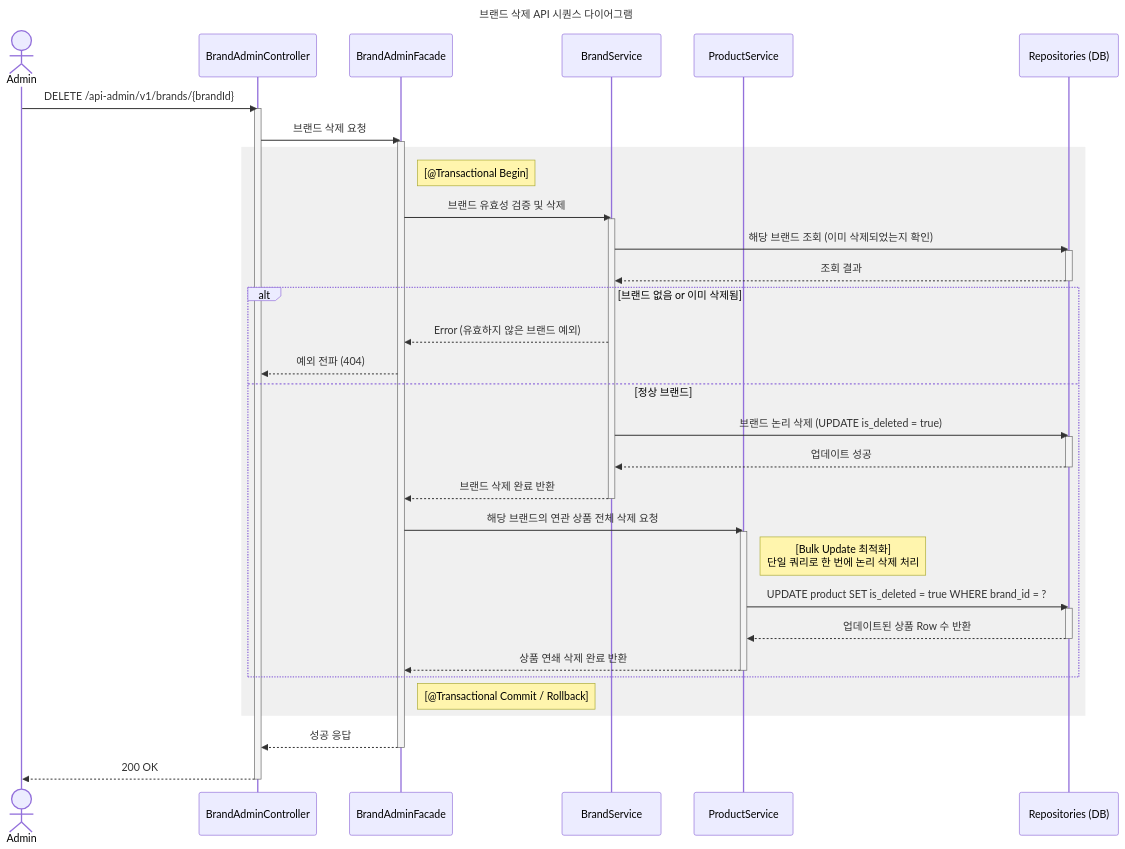
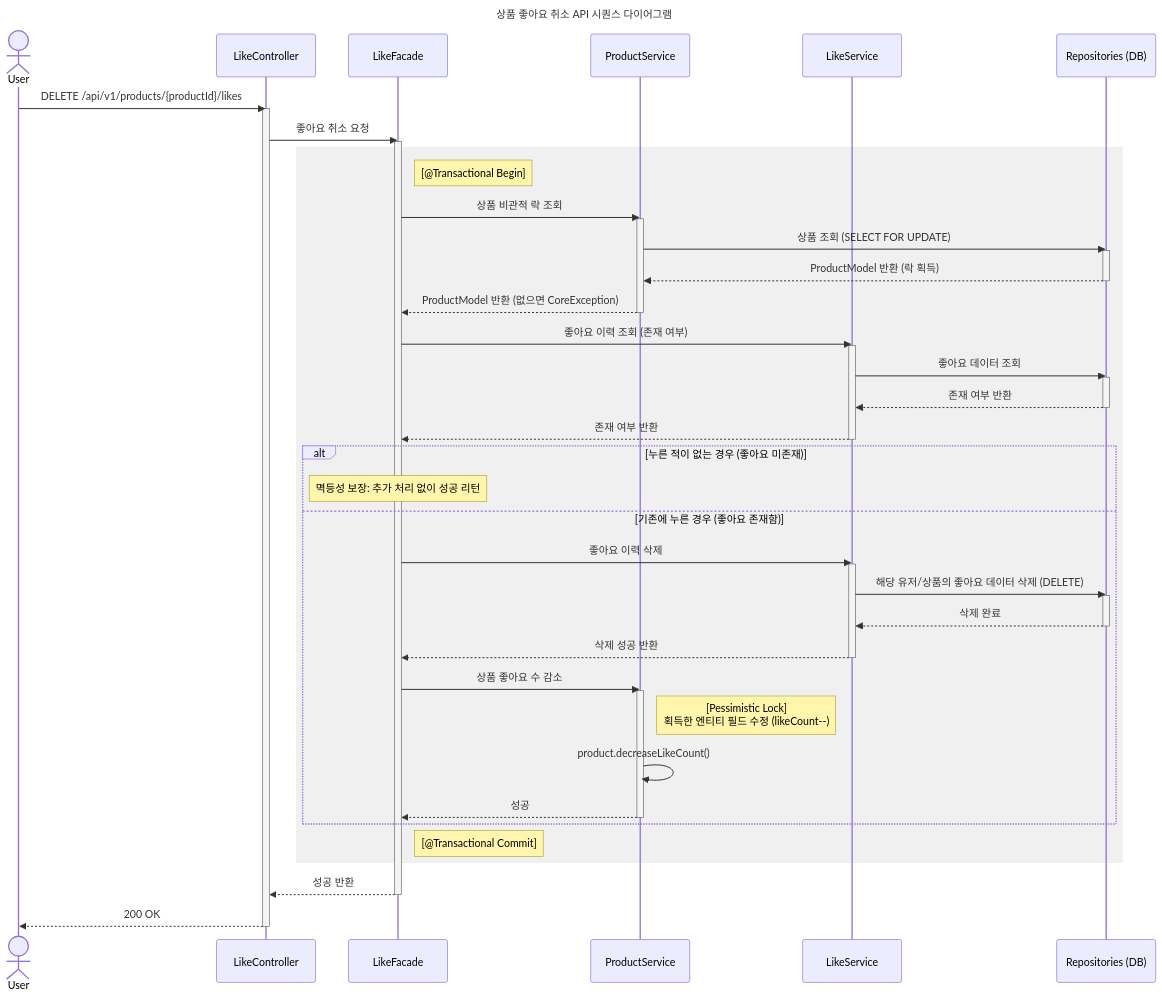
The fourth of 5 diagrams in docs/week2/02-sequence-diagrams.md (loopers-labs/loop-pack-be-l2-vol4-java), drawn with Mermaid before and after one commit. The commit also changed other lines of this file and 4 other files, not shown here.

````diff
--- a/docs/week2/02-sequence-diagrams.md
+++ b/docs/week2/02-sequence-diagrams.md
@@ -220,57 +262,66 @@
 ```mermaid
 sequenceDiagram
-    title 브랜드 삭제 API 시퀀스 다이어그램
-
-    actor Admin
-    participant Controller as BrandAdminController
-    participant Facade as BrandAdminFacade
-    participant BrandSvc as BrandService
+    title 상품 좋아요 취소 API 시퀀스 다이어그램
+    actor User
+    participant Controller as LikeController
+    participant Facade as LikeFacade
     participant ProductSvc as ProductService
+    participant LikeSvc as LikeService
     participant Repo as Repositories (DB)
 
-    Admin->>Controller: DELETE /api-admin/v1/brands/{brandId}
+    User->>Controller: DELETE /api/v1/products/{productId}/likes
     activate Controller
 
-    Controller->>Facade: 브랜드 삭제 요청
+    Controller->>Facade: 좋아요 취소 요청
     activate Facade
 
     rect rgb(240, 240, 240)
         Note right of Facade: [@Transactional Begin]
 
-        Facade->>BrandSvc: 브랜드 유효성 검증 및 삭제
-        activate BrandSvc
-        BrandSvc->>Repo: 해당 브랜드 조회 (이미 삭제되었는지 확인)
+        Facade->>ProductSvc: 상품 비관적 락 조회
+        activate ProductSvc
+        ProductSvc->>Repo: 상품 조회 (SELECT FOR UPDATE)
         activate Repo
-        Repo-->>BrandSvc: 조회 결과
+        Repo-->>ProductSvc: ProductModel 반환 (락 획득)
         deactivate Repo
+        ProductSvc-->>Facade: ProductModel 반환 (없으면 CoreException)
+        deactivate ProductSvc
 
-        alt 브랜드 없음 or 이미 삭제됨
-            BrandSvc-->>Facade: Error (유효하지 않은 브랜드 예외)
-            Facade-->>Controller: 예외 전파 (404)
-        else 정상 브랜드
-            BrandSvc->>Repo: 브랜드 논리 삭제 (UPDATE is_deleted = true)
+        Facade->>LikeSvc: 좋아요 이력 조회 (존재 여부)
+        activate LikeSvc
+        LikeSvc->>Repo: 좋아요 데이터 조회
+        activate Repo
+        Repo-->>LikeSvc: 존재 여부 반환
+        deactivate Repo
+        LikeSvc-->>Facade: 존재 여부 반환
+        deactivate LikeSvc
+
+        alt 누른 적이 없는 경우 (좋아요 미존재)
+            Note over Facade: 멱등성 보장: 추가 처리 없이 성공 리턴
+        else 기존에 누른 경우 (좋아요 존재함)
+            Facade->>LikeSvc: 좋아요 이력 삭제
+            activate LikeSvc
+            LikeSvc->>Repo: 해당 유저/상품의 좋아요 데이터 삭제 (DELETE)
             activate Repo
-            Repo-->>BrandSvc: 업데이트 성공
+            Repo-->>LikeSvc: 삭제 완료
             deactivate Repo
-            BrandSvc-->>Facade: 브랜드 삭제 완료 반환
-            deactivate BrandSvc
+            LikeSvc-->>Facade: 삭제 성공 반환
+            deactivate LikeSvc
 
-            Facade->>ProductSvc: 해당 브랜드의 연관 상품 전체 삭제 요청
+            Facade->>ProductSvc: 상품 좋아요 수 감소
             activate ProductSvc
-            Note right of ProductSvc: [Bulk Update 최적화]<br/>단일 쿼리로 한 번에 논리 삭제 처리
-            ProductSvc->>Repo: UPDATE product SET is_deleted = true WHERE brand_id = ?
-            activate Repo
-            Repo-->>ProductSvc: 업데이트된 상품 Row 수 반환
-            deactivate Repo
-            ProductSvc-->>Facade: 상품 연쇄 삭제 완료 반환
+            Note right of ProductSvc: [Pessimistic Lock]<br/>획득한 엔티티 필드 수정 (likeCount--)
+            ProductSvc->>ProductSvc: product.decreaseLikeCount()
+            ProductSvc-->>Facade: 성공
             deactivate ProductSvc
         end
-        Note right of Facade: [@Transactional Commit / Rollback]
+
+        Note right of Facade: [@Transactional Commit]
     end
 
-    Facade-->>Controller: 성공 응답
+    Facade-->>Controller: 성공 반환
     deactivate Facade
 
-    Controller-->>Admin: 200 OK
+    Controller-->>User: 200 OK
     deactivate Controller
 ```
````
